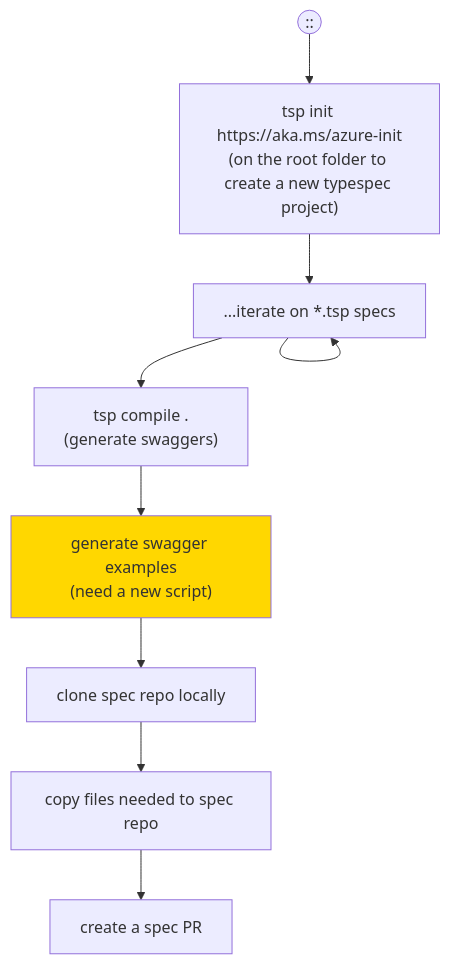
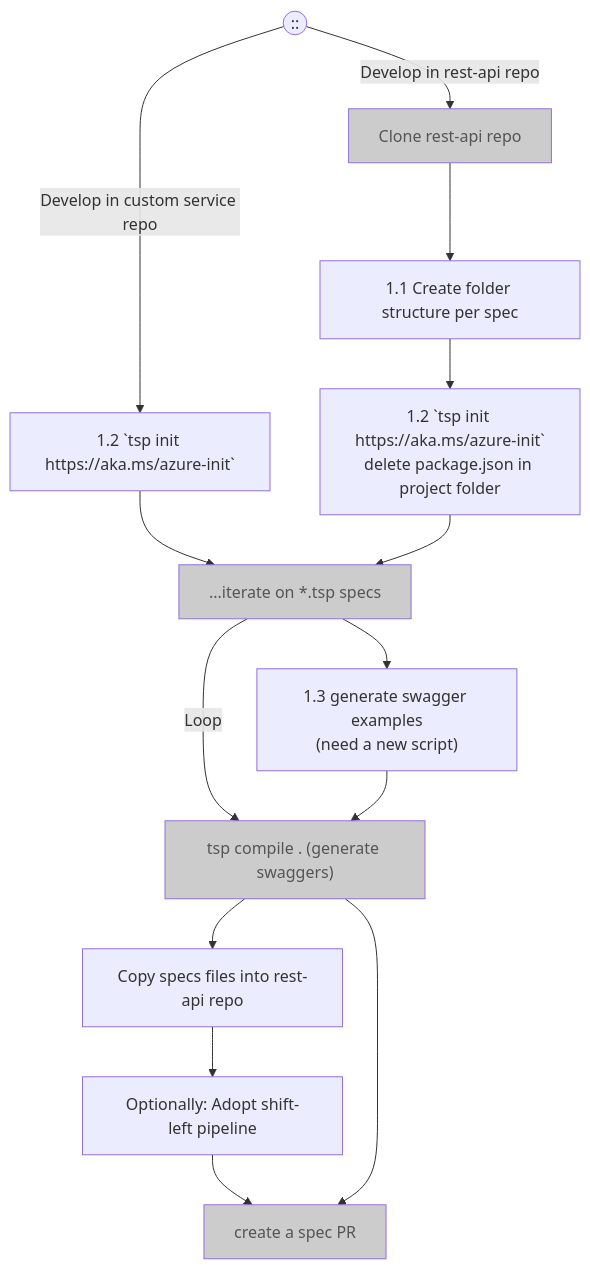
Before and after one commit to Azure/azure-rest-api-specs: the first of 5 diagrams in documentation/typespec-end-to-end-scenarios.md, drawn with Mermaid. The commit also changed other lines of this file, not shown here.

````diff
--- a/documentation/typespec-end-to-end-scenarios.md
+++ b/documentation/typespec-end-to-end-scenarios.md
@@ -21,17 +32,20 @@
 ```mermaid
 flowchart TD
 classDef highlight fill:#ffd700
-User((::))-->A
-A["tsp init https://aka.ms/azure-init
-(on the root folder to create a new typespec project)"] --> B
-B --> B
-B[...iterate on *.tsp specs] --> C
-C["tsp compile . 
-(generate swaggers)"] --> D
-D["generate swagger examples
-(need a new script)"] --> E
-E[clone spec repo locally] --> F
-F[copy files needed to spec repo] --> G
-G[create a spec PR]
-class D highlight
+classDef grey fill:#CCCCCC,color:#555555;
+User((::)) --> |Develop in rest-api repo|A[Clone rest-api repo]
+User((::)) --> |Develop in custom service repo|B1[1.2 `tsp init https://aka.ms/azure-init`]
+B1-->D
+A --> B[1.1 Create folder structure per spec ]
+B --> C["1.2 `tsp init https://aka.ms/azure-init`<br>delete package.json in project folder"]
+C --> D[...iterate on *.tsp specs]
+D ---> |Loop|F
+D --> E["1.3 generate swagger examples
+(need a new script)"]
+E --> F["tsp compile . (generate swaggers)"]
+F --> G1[Copy specs files into rest-api repo]
+G1 --> G2[Optionally: Adopt shift-left pipeline]
+G2--> G
+F --> G[create a spec PR]
+class A,G,D,F grey
 ```
````
